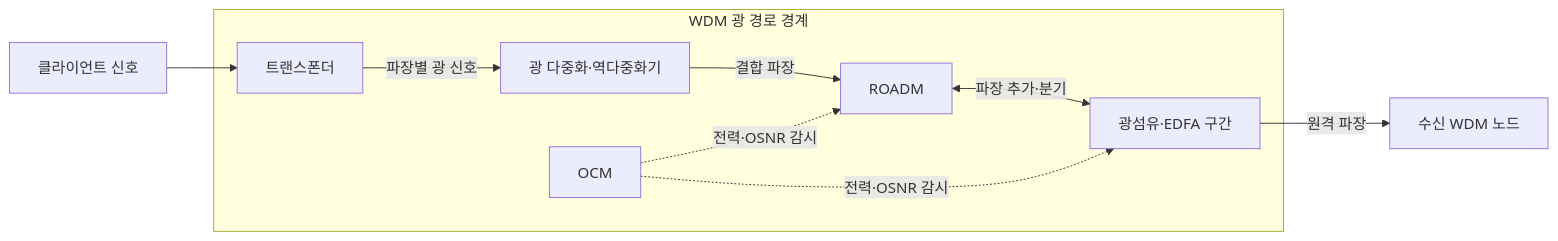
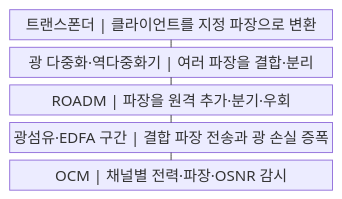
One commit to agnusdei1207/knowledge-base changed the first of 2 diagrams in src/content/docs/notes/04-network/070_wdm_dwdm.md. Above: the diagram before and after it, drawn with Mermaid. The commit also changed other lines of this file and 20 other files, not shown here.

````diff
--- a/src/content/docs/notes/04-network/070_wdm_dwdm.md
+++ b/src/content/docs/notes/04-network/070_wdm_dwdm.md
@@ -56,18 +57,13 @@
 ```mermaid
-flowchart LR
-    CLIENT[클라이언트 신호]
-    subgraph W[WDM 광 경로 경계]
-        TP[트랜스폰더]
-        MUX[광 다중화·역다중화기]
-        ROAD[ROADM]
-        SPAN[광섬유·EDFA 구간]
-        OCM[OCM]
-        TP -->|파장별 광 신호| MUX
-        MUX -->|결합 파장| ROAD
-        ROAD <-->|파장 추가·분기| SPAN
-        OCM -.->|전력·OSNR 감시| ROAD
-        OCM -.->|전력·OSNR 감시| SPAN
-    end
-    CLIENT --> TP
-    SPAN -->|원격 파장| OUT[수신 WDM 노드]
+block
+    columns 1
+    A["트랜스폰더 | 클라이언트를 지정 파장으로 변환"]
+    B["광 다중화·역다중화기 | 여러 파장을 결합·분리"]
+    C["ROADM | 파장을 원격 추가·분기·우회"]
+    D["광섬유·EDFA 구간 | 결합 파장 전송과 광 손실 증폭"]
+    E["OCM | 채널별 전력·파장·OSNR 감시"]
+    A --- B
+    B --- C
+    C --- D
+    D --- E
 ```
````
